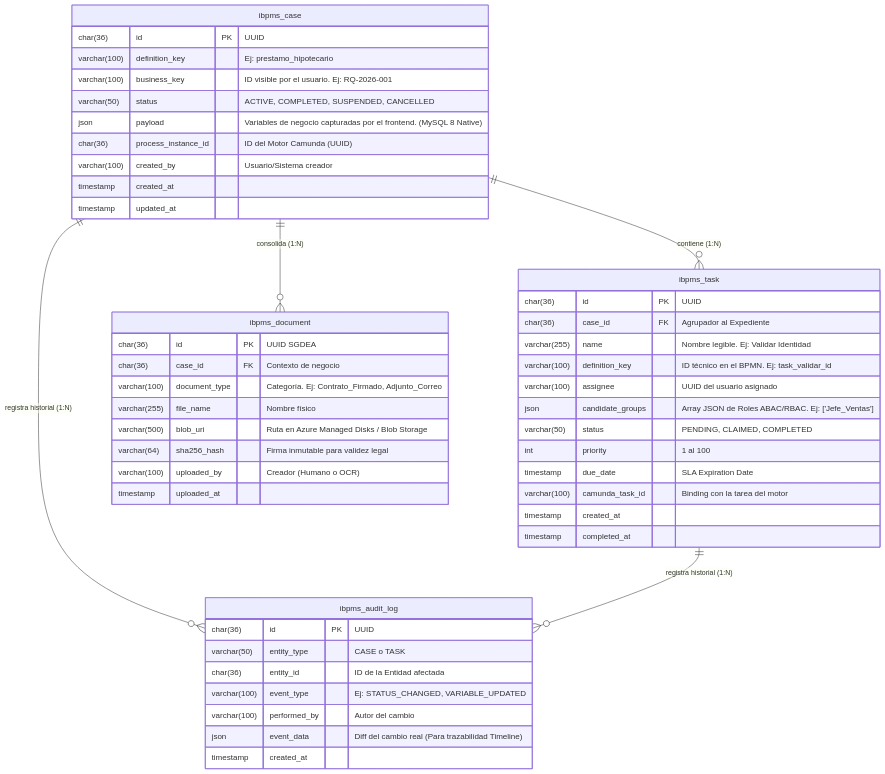
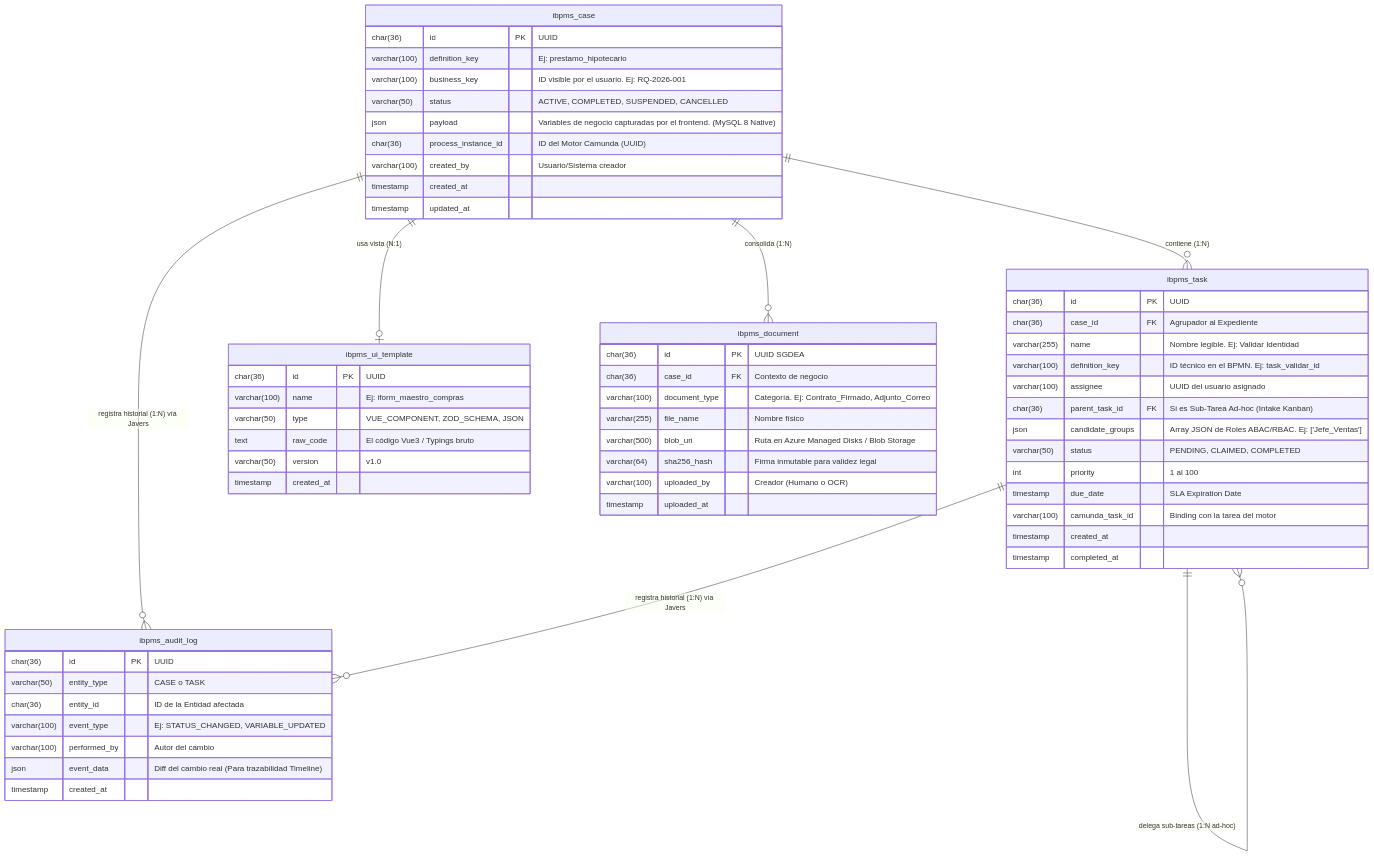
The diagram in docs/architecture/data_architecture_erd.md (haroldklag85/ibpms-platform), drawn with Mermaid before and after one commit. The commit also changed other lines of this file and 19961 other files, not shown here.

````diff
--- a/docs/architecture/data_architecture_erd.md
+++ b/docs/architecture/data_architecture_erd.md
@@ -22,58 +22,70 @@
 ```mermaid
 erDiagram
     %% Definición de Entidades
 
     ibpms_case {
         char(36) id PK "UUID"
         varchar(100) definition_key "Ej: prestamo_hipotecario"
         varchar(100) business_key "ID visible por el usuario. Ej: RQ-2026-001"
         varchar(50) status "ACTIVE, COMPLETED, SUSPENDED, CANCELLED"
         json payload "Variables de negocio capturadas por el frontend. (MySQL 8 Native)"
         char(36) process_instance_id "ID del Motor Camunda (UUID)"
         varchar(100) created_by "Usuario/Sistema creador"
         timestamp created_at 
         timestamp updated_at
     }
 
     ibpms_task {
         char(36) id PK "UUID"
         char(36) case_id FK "Agrupador al Expediente"
         varchar(255) name "Nombre legible. Ej: Validar Identidad"
         varchar(100) definition_key "ID técnico en el BPMN. Ej: task_validar_id"
         varchar(100) assignee "UUID del usuario asignado"
+        char(36) parent_task_id FK "Si es Sub-Tarea Ad-hoc (Intake Kanban)"
         json candidate_groups "Array JSON de Roles ABAC/RBAC. Ej: ['Jefe_Ventas']"
         varchar(50) status "PENDING, CLAIMED, COMPLETED"
         int priority "1 al 100"
         timestamp due_date "SLA Expiration Date"
         varchar(100) camunda_task_id "Binding con la tarea del motor"
         timestamp created_at
         timestamp completed_at
+    }
+
+    ibpms_ui_template {
+        char(36) id PK "UUID"
+        varchar(100) name "Ej: iform_maestro_compras"
+        varchar(50) type "VUE_COMPONENT, ZOD_SCHEMA, JSON"
+        text raw_code "El código Vue3 / Typings bruto"
+        varchar(50) version "v1.0"
+        timestamp created_at
     }
 
     ibpms_document {
         char(36) id PK "UUID SGDEA"
         char(36) case_id FK "Contexto de negocio"
         varchar(100) document_type "Categoría. Ej: Contrato_Firmado, Adjunto_Correo"
         varchar(255) file_name "Nombre físico"
         varchar(500) blob_uri "Ruta en Azure Managed Disks / Blob Storage"
         varchar(64) sha256_hash "Firma inmutable para validez legal"
         varchar(100) uploaded_by "Creador (Humano o OCR)"
         timestamp uploaded_at
     }
 
     ibpms_audit_log {
         char(36) id PK "UUID"
         varchar(50) entity_type "CASE o TASK"
         char(36) entity_id "ID de la Entidad afectada"
         varchar(100) event_type "Ej: STATUS_CHANGED, VARIABLE_UPDATED"
         varchar(100) performed_by "Autor del cambio"
         json event_data "Diff del cambio real (Para trazabilidad Timeline)"
         timestamp created_at
     }
 
     %% Relaciones (Foreign Keys Lógicas o Físicas)
     ibpms_case ||--o{ ibpms_task : "contiene (1:N)"
+    ibpms_task ||--o{ ibpms_task : "delega sub-tareas (1:N ad-hoc)"
     ibpms_case ||--o{ ibpms_document : "consolida (1:N)"
-    ibpms_case ||--o{ ibpms_audit_log : "registra historial (1:N)"
-    ibpms_task ||--o{ ibpms_audit_log : "registra historial (1:N)"
+    ibpms_case ||--o{ ibpms_audit_log : "registra historial (1:N) vía Javers"
+    ibpms_task ||--o{ ibpms_audit_log : "registra historial (1:N) vía Javers"
+    ibpms_case ||--o| ibpms_ui_template : "usa vista (N:1)"
 ```
````
